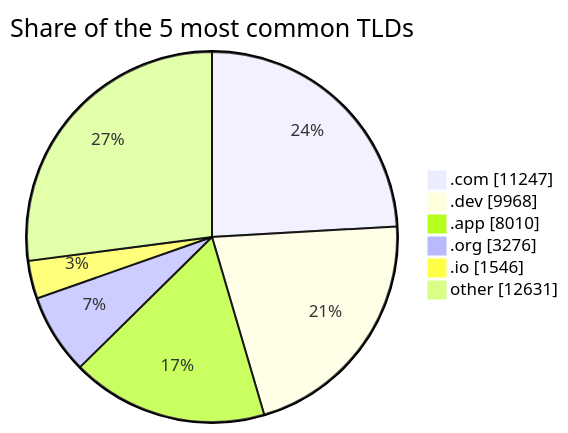
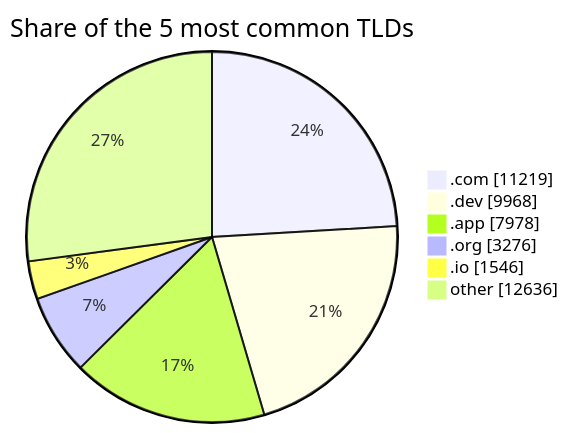
The third of 3 diagrams in README.md (DNSBunker/CTI), drawn with Mermaid before and after one commit. The commit also changed other lines of this file and 3 other files, not shown here.

````diff
--- a/README.md
+++ b/README.md
@@ -81,9 +81,9 @@
 ```mermaid
 pie showData title Share of the 5 most common TLDs
-    ".com" : 11247
+    ".com" : 11219
     ".dev" : 9968
-    ".app" : 8010
+    ".app" : 7978
     ".org" : 3276
     ".io" : 1546
-    "other" : 12631
+    "other" : 12636
 ```
````
